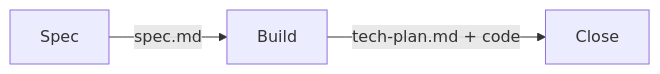
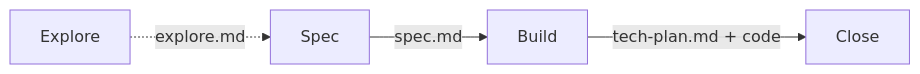
The first of 3 diagrams in README.md (juanwmedia/craft), drawn with Mermaid before and after one commit. The commit also changed other lines of this file and 4 other files, not shown here.

First line of the commit message:
feat: add /explore skill, phased delivery in /spec

````diff
--- a/README.md
+++ b/README.md
@@ -5,5 +5,6 @@
 ```mermaid
 graph LR
-    S["Spec"] -->|spec.md| B["Build"]
+    X["Explore"] -.->|explore.md| S["Spec"]
+    S -->|spec.md| B["Build"]
     B -->|tech-plan.md + code| C["Close"]
 ```
````
